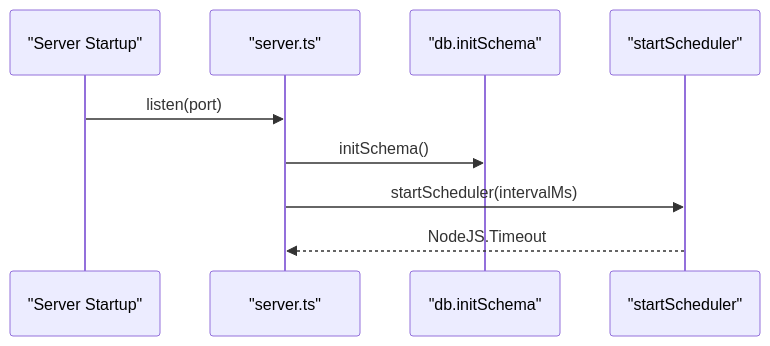
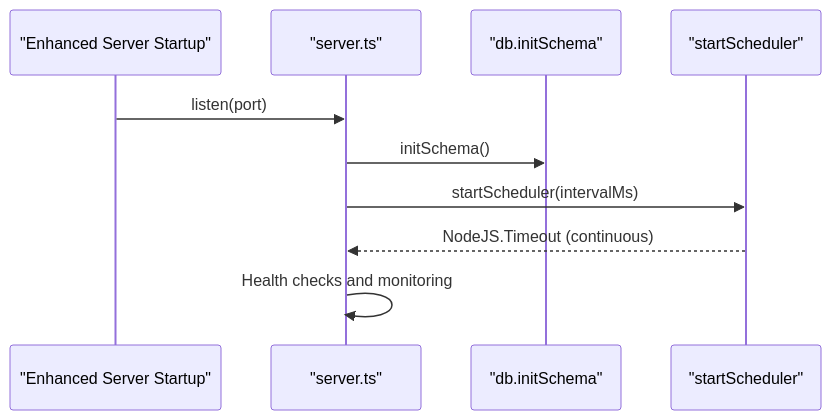
The eighth of 9 diagrams in .qoder/repowiki/en/content/Phase 2_ Advanced Analytics & Automation/Automated Job Scheduling.md (aravinthraj-ramalingam/Groww-App-Review-Insights-Analyzer-), drawn with Mermaid before and after one commit. The commit also changed other lines of this file and 11 other files, not shown here.

````diff
--- a/.qoder/repowiki/en/content/Phase 2_ Advanced Analytics & Automation/Automated Job Scheduling.md
+++ b/.qoder/repowiki/en/content/Phase 2_ Advanced Analytics & Automation/Automated Job Scheduling.md
@@ -402,11 +447,12 @@
 ```mermaid
 sequenceDiagram
-participant Boot as "Server Startup"
+participant Boot as "Enhanced Server Startup"
 participant API as "server.ts"
 participant DB as "db.initSchema"
 participant SCH as "startScheduler"
 Boot->>API : listen(port)
 API->>DB : initSchema()
 API->>SCH : startScheduler(intervalMs)
-SCH-->>API : NodeJS.Timeout
+SCH-->>API : NodeJS.Timeout (continuous)
+API->>API : Health checks and monitoring
 ```
````
